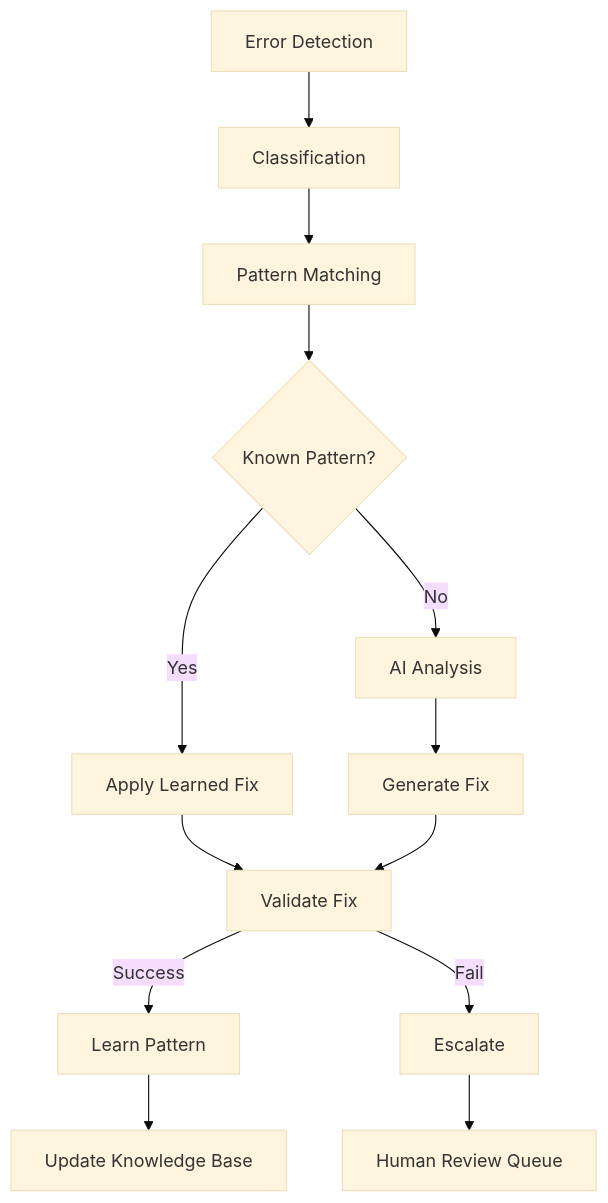
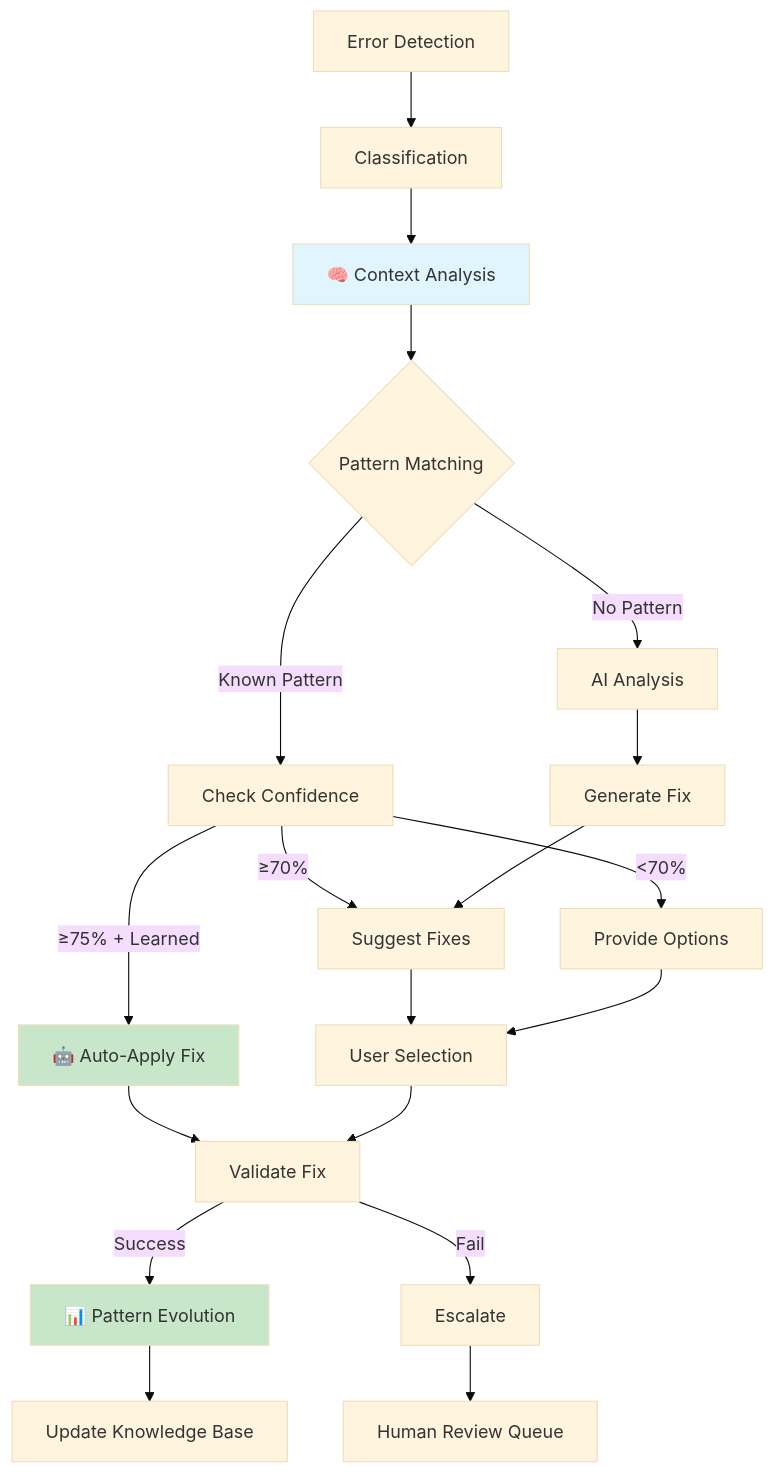
One commit to Surafiel1527/amharic-code-craft changed the first of 4 diagrams in SELF_HEALING_SYSTEM.md. Above: the diagram before and after it, drawn with Mermaid (base theme). The commit also changed other lines of this file and 6 other files, not shown here.

````diff
--- a/SELF_HEALING_SYSTEM.md
+++ b/SELF_HEALING_SYSTEM.md
@@ -17,19 +24,31 @@
 ```mermaid
 graph TD
     A[Error Detection] --> B[Classification]
-    B --> C[Pattern Matching]
-    C --> D{Known Pattern?}
+    B --> C[🧠 Context Analysis]
+    C --> D{Pattern Matching}
     
-    D -->|Yes| E[Apply Learned Fix]
-    D -->|No| F[AI Analysis]
+    D -->|Known Pattern| E[Check Confidence]
+    D -->|No Pattern| F[AI Analysis]
     
-    E --> G[Validate Fix]
-    F --> H[Generate Fix]
-    H --> G
+    E -->|≥75% + Learned| G[🤖 Auto-Apply Fix]
+    E -->|≥70%| H[Suggest Fixes]
+    E -->|<70%| I[Provide Options]
     
-    G -->|Success| I[Learn Pattern]
-    G -->|Fail| J[Escalate]
+    F --> J[Generate Fix]
+    J --> H
     
-    I --> K[Update Knowledge Base]
-    J --> L[Human Review Queue]
+    G --> K[Validate Fix]
+    H --> L[User Selection]
+    I --> L
+    
+    K -->|Success| M[📊 Pattern Evolution]
+    K -->|Fail| N[Escalate]
+    L --> K
+    
+    M --> O[Update Knowledge Base]
+    N --> P[Human Review Queue]
+    
+    style C fill:#e1f5ff
+    style G fill:#c8e6c9
+    style M fill:#c8e6c9
 ```
````
